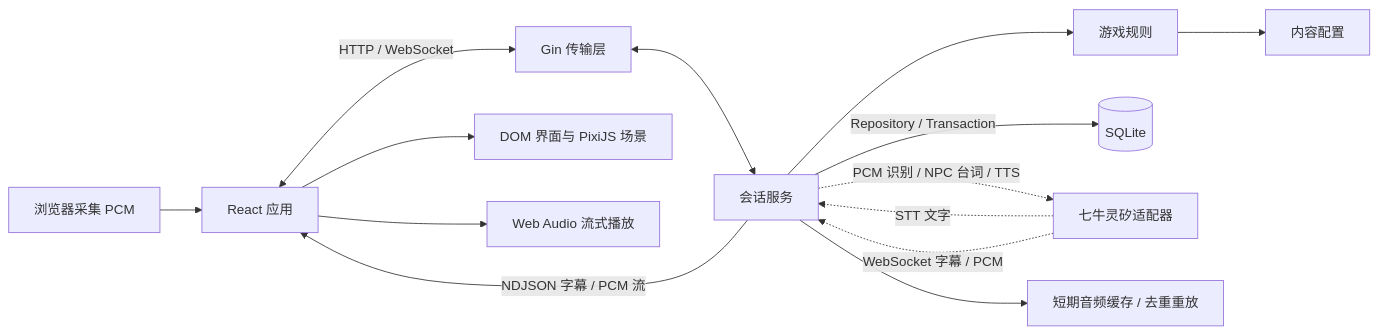
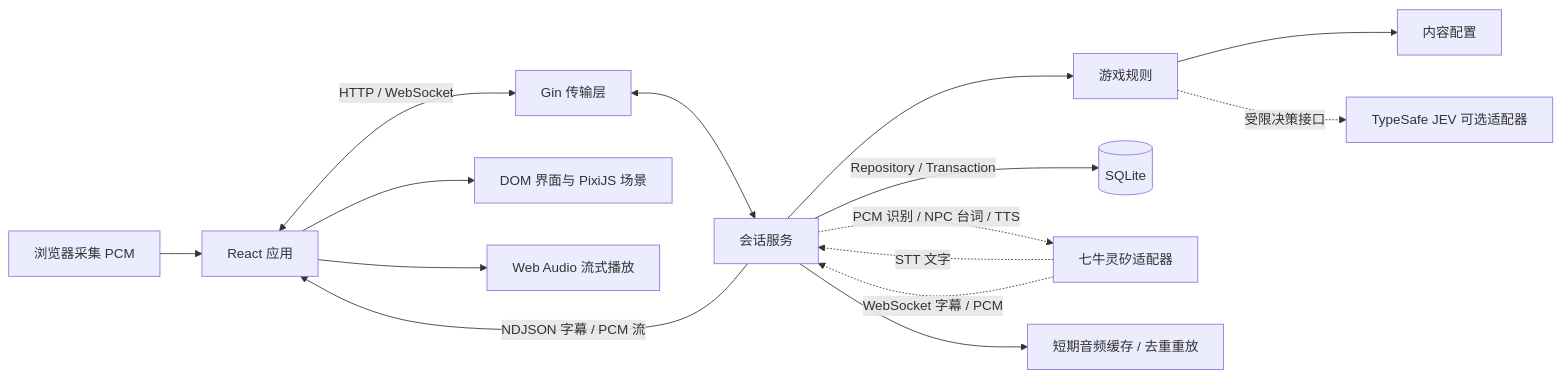
The diagram in README.md (foreversmart/123killyou), drawn with Mermaid before and after one commit. The commit also changed other lines of this file and 169 other files, not shown here.

Commit message:
feat: add demo video and optimize story flow

````diff
--- a/README.md
+++ b/README.md
@@ -80,16 +86,17 @@
 ```mermaid
 flowchart LR
     Speech[浏览器采集 PCM] --> App[React 应用]
     App <-->|HTTP / WebSocket| Transport[Gin 传输层]
     Transport <--> Session[会话服务]
     Session --> Game[游戏规则]
     Game --> Content[内容配置]
+    Game -. 受限决策接口 .-> JEV[TypeSafe JEV 可选适配器]
     Session -->|Repository / Transaction| Database[(SQLite)]
     Session -. PCM 识别 / NPC 台词 / TTS .-> Linx[七牛灵矽适配器]
     Linx -. STT 文字 .-> Session
     Linx -. WebSocket 字幕 / PCM .-> Session
     App --> View[DOM 界面与 PixiJS 场景]
     Session -->|NDJSON 字幕 / PCM 流| App
     App --> Voice[Web Audio 流式播放]
     Session --> Audio[短期音频缓存 / 去重重放]
 ```
````
